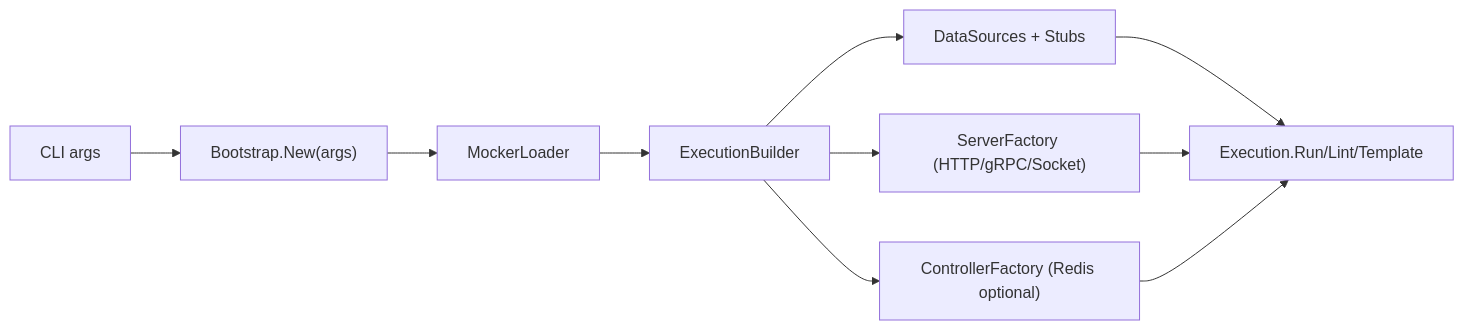
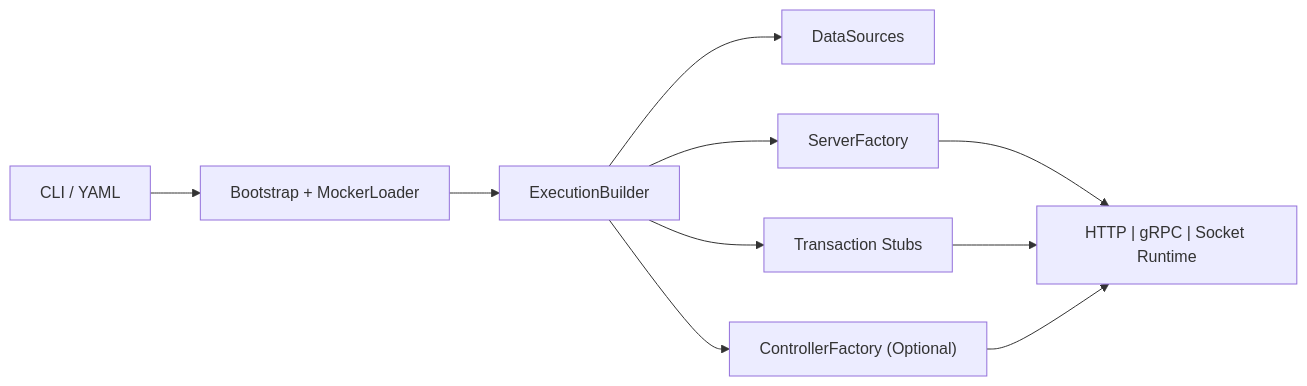
One commit to TheSmokeTeam/QaaS.Mocker changed the diagram in README.md. Above: the diagram before and after it, drawn with Mermaid. The commit also changed other lines of this file and 1 other file, not shown here.

````diff
--- a/README.md
+++ b/README.md
@@ -76,12 +52,12 @@
 ```mermaid
 flowchart LR
-  A["CLI args"] --> B["Bootstrap.New(args)"]
-  B --> C["MockerLoader"]
-  C --> D["ExecutionBuilder"]
-  D --> E["DataSources + Stubs"]
-  D --> F["ServerFactory (HTTP/gRPC/Socket)"]
-  D --> G["ControllerFactory (Redis optional)"]
-  E --> H["Execution.Run/Lint/Template"]
-  F --> H
+  A["CLI / YAML"] --> B["Bootstrap + MockerLoader"]
+  B --> C["ExecutionBuilder"]
+  C --> D["DataSources"]
+  C --> E["Transaction Stubs"]
+  C --> F["ServerFactory"]
+  C --> G["ControllerFactory (Optional)"]
+  F --> H["HTTP | gRPC | Socket Runtime"]
+  E --> H
   G --> H
 ```
````
